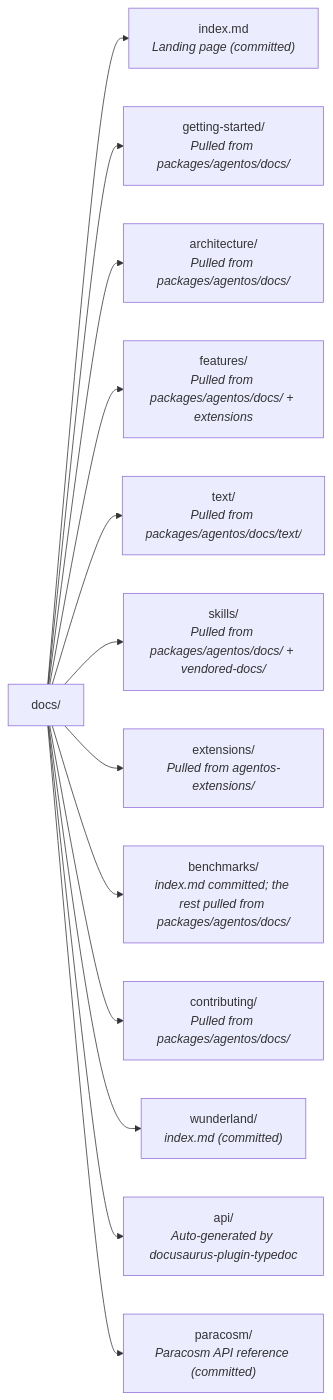
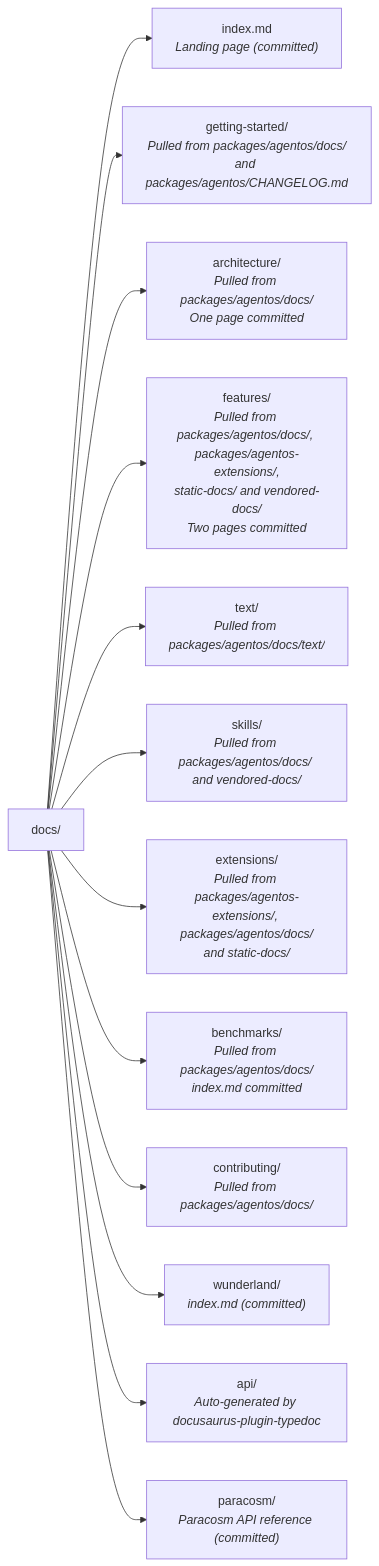
The diagram in README.md (framerslab/agentos-live-docs), drawn with Mermaid before and after one commit. The commit also changed other lines of this file, not shown here.

Commit message:
docs: say where each folder under docs/ comes from and drop the stale route counts
The structure diagram named one source for architecture/, features/ and
extensions/, though architecture/ and features/ hold committed siteDoc
pages, features/ and extensions/ also take pages from static-docs/, and
features/ takes one from vendored-docs/. The prebuild sentence named two
of the four places pull-docs.mjs copies from.

The measured route counts (2067 for the full build, 150 for the guides
mode) no longer hold: a CI build sets noindex on 4114 reference pages and
pull-docs copies 160 pages. The README now points at the build's
[inject-noindex] line, which prints the count, instead of a number that
changes with every export.

````diff
--- a/README.md
+++ b/README.md
@@ -60,16 +57,16 @@
 ```mermaid
 graph LR
     DOCS["docs/"]
     DOCS --> IDX["index.md<br/><i>Landing page (committed)</i>"]
-    DOCS --> GS["getting-started/<br/><i>Pulled from packages/agentos/docs/</i>"]
-    DOCS --> ARCH["architecture/<br/><i>Pulled from packages/agentos/docs/</i>"]
-    DOCS --> FEAT["features/<br/><i>Pulled from packages/agentos/docs/ + extensions</i>"]
+    DOCS --> GS["getting-started/<br/><i>Pulled from packages/agentos/docs/<br/>and packages/agentos/CHANGELOG.md</i>"]
+    DOCS --> ARCH["architecture/<br/><i>Pulled from packages/agentos/docs/</i><br/><i>One page committed</i>"]
+    DOCS --> FEAT["features/<br/><i>Pulled from packages/agentos/docs/, packages/agentos-extensions/,<br/>static-docs/ and vendored-docs/</i><br/><i>Two pages committed</i>"]
     DOCS --> TEXT["text/<br/><i>Pulled from packages/agentos/docs/text/</i>"]
-    DOCS --> SKILLS["skills/<br/><i>Pulled from packages/agentos/docs/ + vendored-docs/</i>"]
-    DOCS --> EXT["extensions/<br/><i>Pulled from agentos-extensions/</i>"]
-    DOCS --> BENCH["benchmarks/<br/><i>index.md committed; the rest pulled from packages/agentos/docs/</i>"]
+    DOCS --> SKILLS["skills/<br/><i>Pulled from packages/agentos/docs/ and vendored-docs/</i>"]
+    DOCS --> EXT["extensions/<br/><i>Pulled from packages/agentos-extensions/, packages/agentos/docs/<br/>and static-docs/</i>"]
+    DOCS --> BENCH["benchmarks/<br/><i>Pulled from packages/agentos/docs/</i><br/><i>index.md committed</i>"]
     DOCS --> CONTRIB["contributing/<br/><i>Pulled from packages/agentos/docs/</i>"]
     DOCS --> WUND["wunderland/<br/><i>index.md (committed)</i>"]
     DOCS --> API["api/<br/><i>Auto-generated by docusaurus-plugin-typedoc</i>"]
     DOCS --> PARA["paracosm/<br/><i>Paracosm API reference (committed)</i>"]
 ```
````
